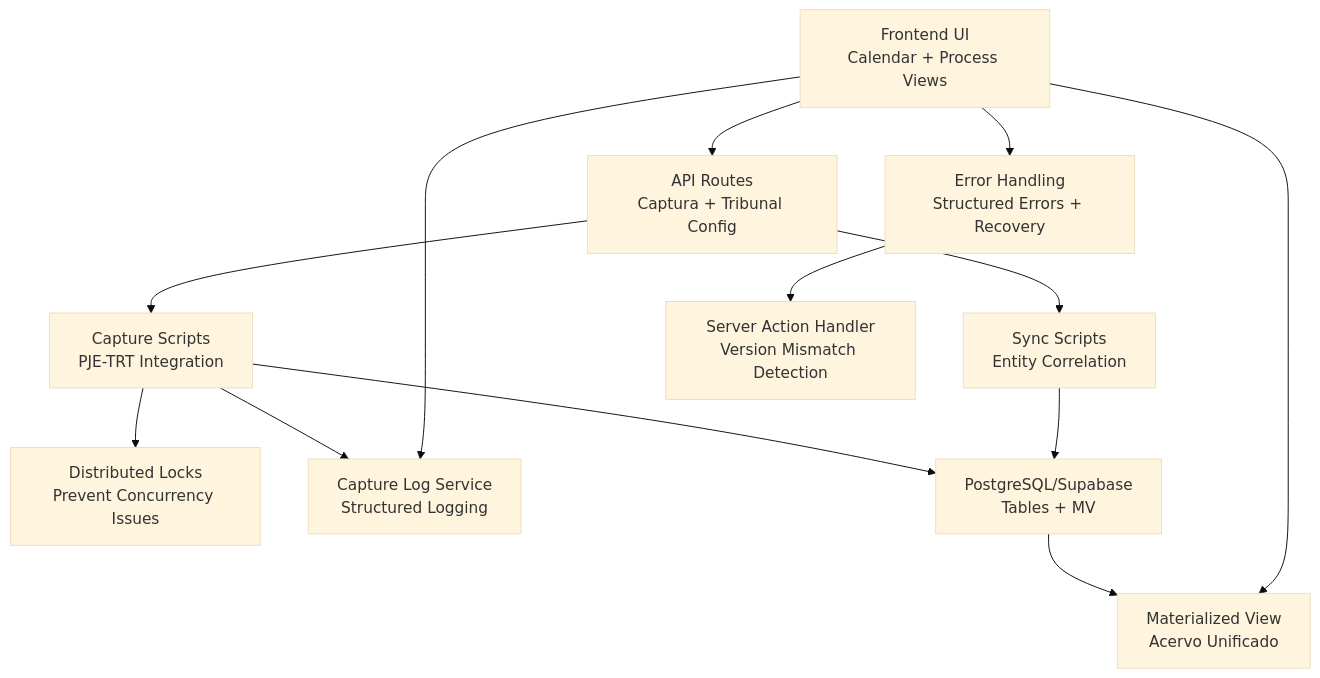
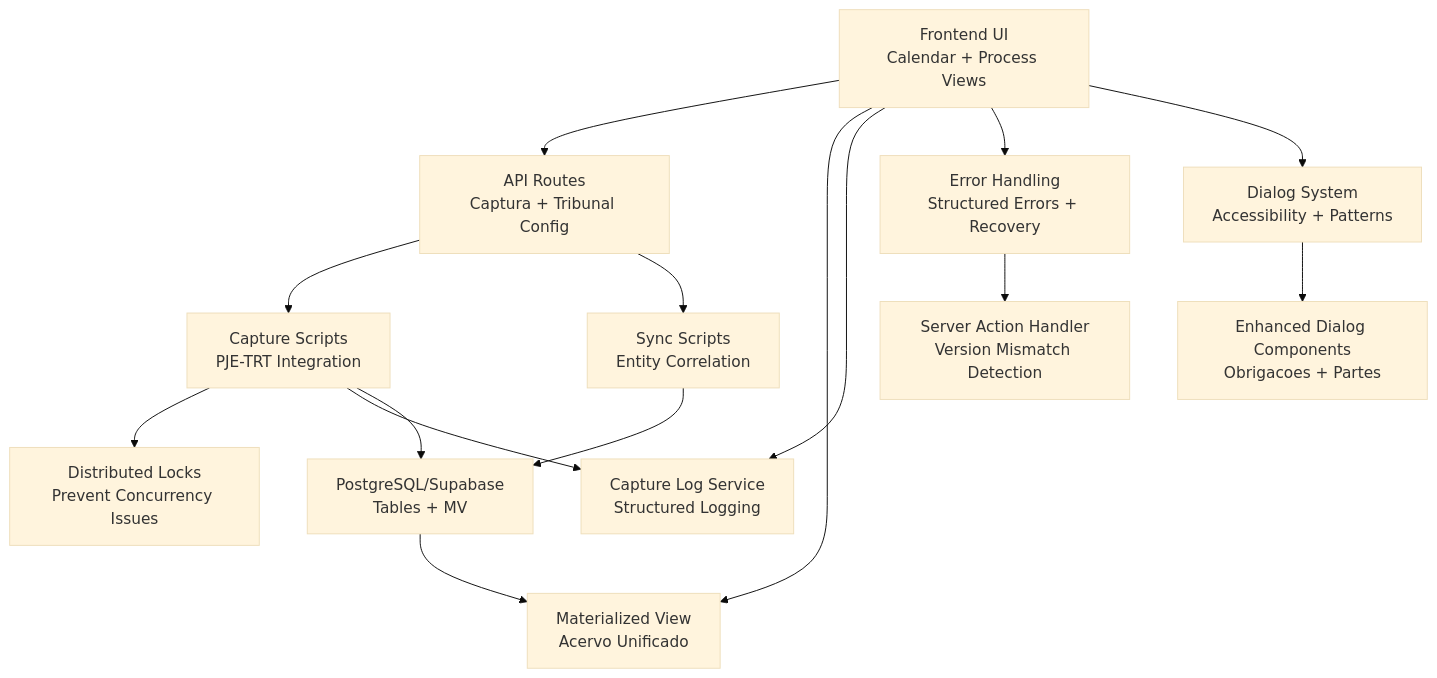
The second of 17 diagrams in .qoder/repowiki/en/content/Legal Process Management System/Legal Process Management System.md (SinesysTech/zattar-os), drawn with Mermaid (base theme) before and after one commit. The commit also changed other lines of this file and 4 other files, not shown here.

````diff
--- a/.qoder/repowiki/en/content/Legal Process Management System/Legal Process Management System.md
+++ b/.qoder/repowiki/en/content/Legal Process Management System/Legal Process Management System.md
@@ -177,15 +206,17 @@
 ```mermaid
 graph TB
 FE["Frontend UI<br/>Calendar + Process Views"] --> API["API Routes<br/>Captura + Tribunal Config"]
 API --> CAP["Capture Scripts<br/>PJE-TRT Integration"]
 API --> SYNC["Sync Scripts<br/>Entity Correlation"]
 CAP --> LOCK["Distributed Locks<br/>Prevent Concurrency Issues"]
 CAP --> LOGS["Capture Log Service<br/>Structured Logging"]
 CAP --> DB["PostgreSQL/Supabase<br/>Tables + MV"]
 SYNC --> DB
 DB --> MV["Materialized View<br/>Acervo Unificado"]
 FE --> MV
 FE --> LOGS
 FE --> ERR["Error Handling<br/>Structured Errors + Recovery"]
+FE --> DIALOG["Dialog System<br/>Accessibility + Patterns"]
 ERR --> HANDLER["Server Action Handler<br/>Version Mismatch Detection"]
+DIALOG --> UI["Enhanced Dialog Components<br/>Obrigacoes + Partes"]
 ```
````
